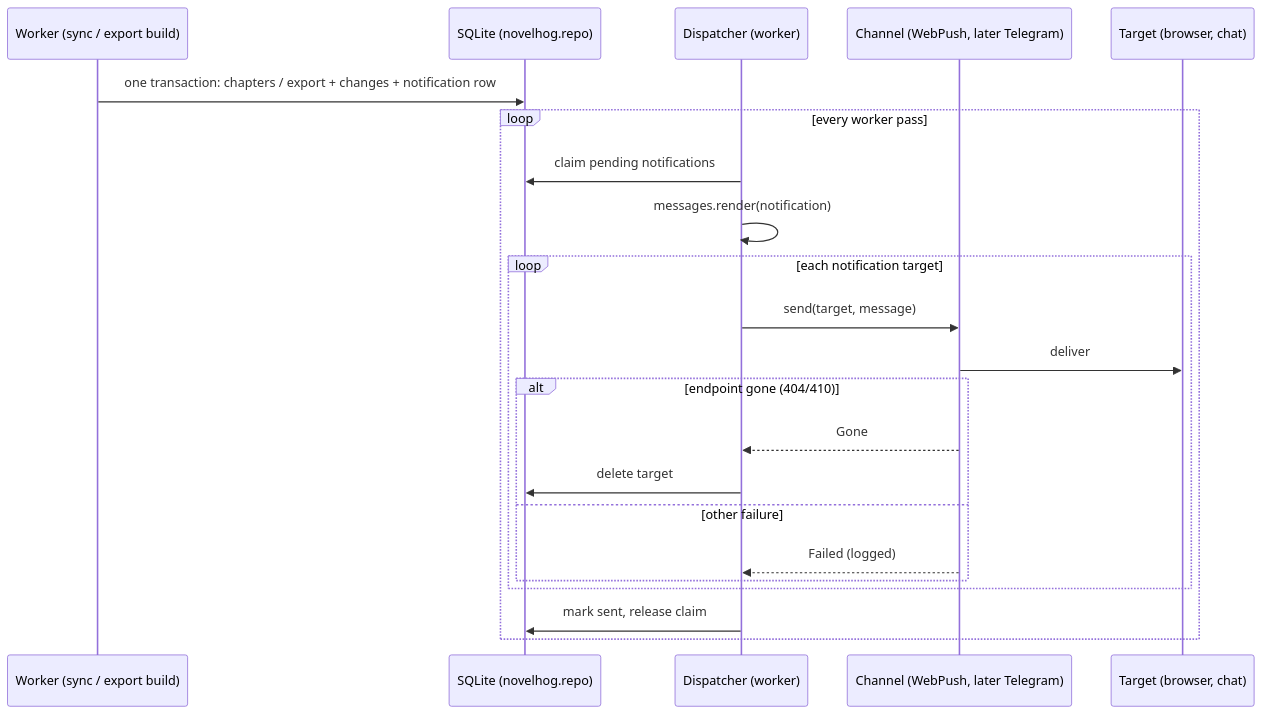
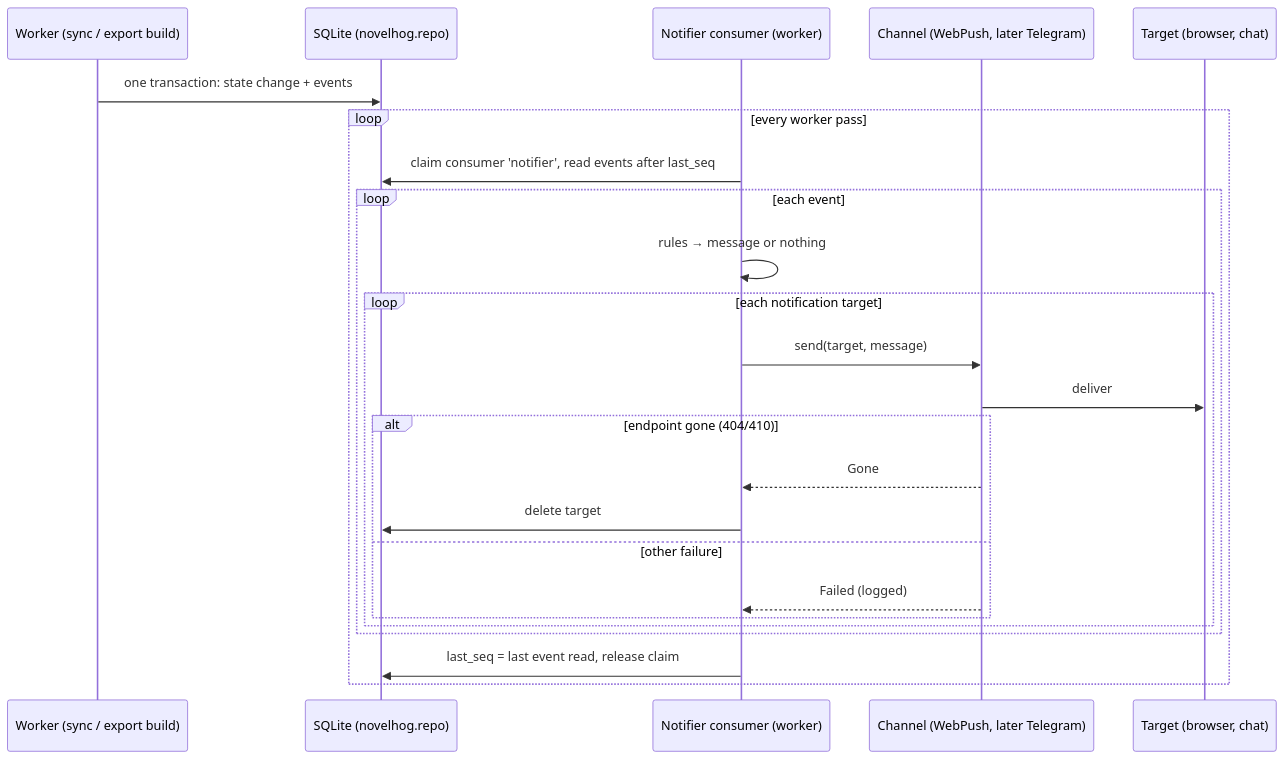
The fourth of 4 diagrams in docs/superpowers/specs/2026-10-18-novelhog-design.md (t3hk0d3/novelhog), drawn with Mermaid before and after one commit. The commit also changed other lines of this file, not shown here.

First line of the commit message:
docs: event log with consumer cursors drives notifications; channel-neutral targets API

````diff
--- a/docs/superpowers/specs/2026-10-18-novelhog-design.md
+++ b/docs/superpowers/specs/2026-10-18-novelhog-design.md
@@ -706,25 +732,27 @@
 ```mermaid
 sequenceDiagram
     participant W as Worker (sync / export build)
     participant DB as SQLite (novelhog.repo)
-    participant D as Dispatcher (worker)
+    participant N as Notifier consumer (worker)
     participant C as Channel (WebPush, later Telegram)
     participant T as Target (browser, chat)
 
-    W->>DB: one transaction: chapters / export + changes + notification row
+    W->>DB: one transaction: state change + events
     loop every worker pass
-        D->>DB: claim pending notifications
-        D->>D: messages.render(notification)
-        loop each notification target
-            D->>C: send(target, message)
-            C->>T: deliver
-            alt endpoint gone (404/410)
-                C-->>D: Gone
-                D->>DB: delete target
-            else other failure
-                C-->>D: Failed (logged)
+        N->>DB: claim consumer 'notifier', read events after last_seq
+        loop each event
+            N->>N: rules → message or nothing
+            loop each notification target
+                N->>C: send(target, message)
+                C->>T: deliver
+                alt endpoint gone (404/410)
+                    C-->>N: Gone
+                    N->>DB: delete target
+                else other failure
+                    C-->>N: Failed (logged)
+                end
             end
         end
-        D->>DB: mark sent, release claim
+        N->>DB: last_seq = last event read, release claim
     end
 ```
````
